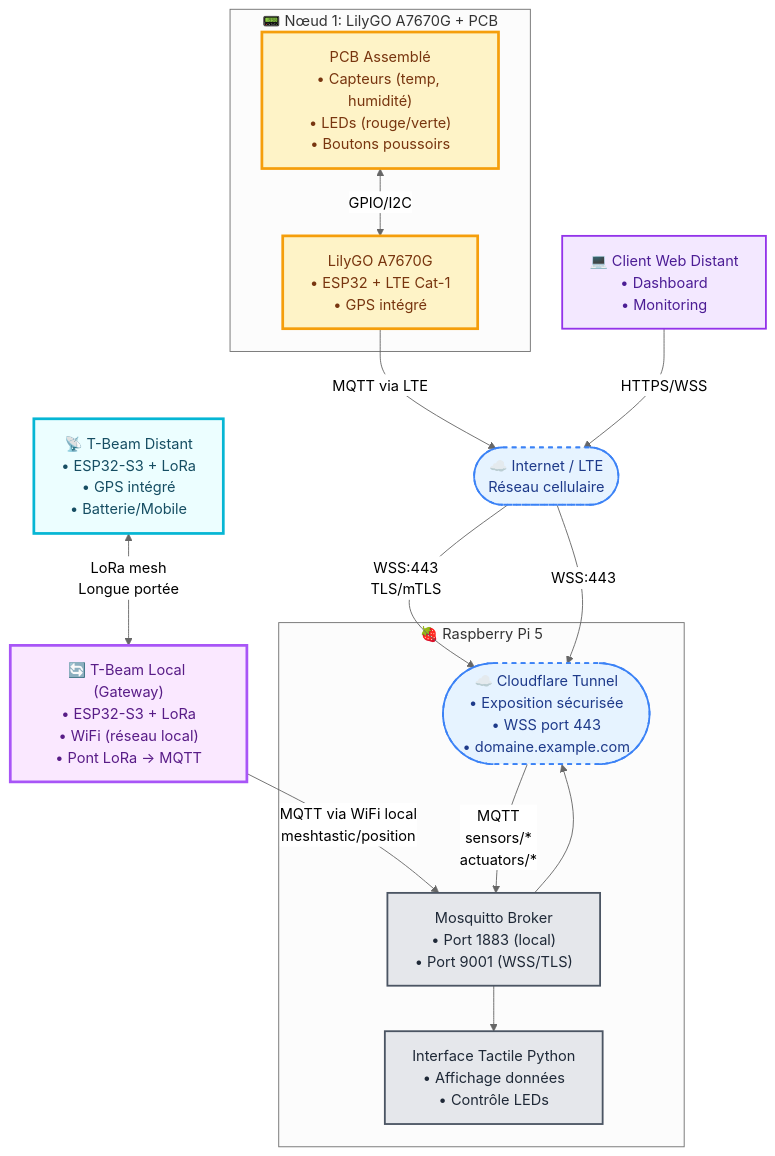
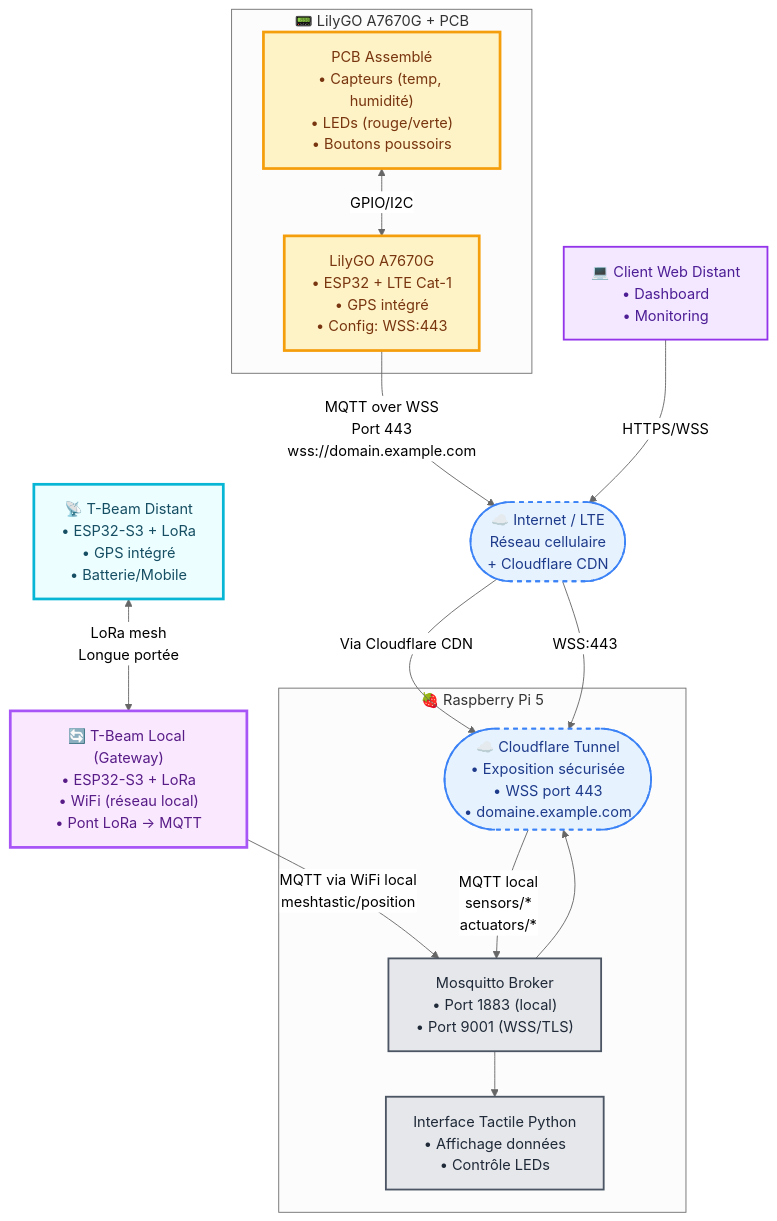
The first of 3 diagrams in architecture-finale-projet.md (fpoisson2/243-4J5-LI), drawn with Mermaid (neutral theme) before and after one commit. The commit also changed other lines of this file, not shown here.

````diff
--- a/architecture-finale-projet.md
+++ b/architecture-finale-projet.md
@@ -8,61 +8,61 @@
 ```mermaid
 graph TB
-    subgraph Device_LTE["📟 Nœud 1: LilyGO A7670G + PCB"]
+    subgraph Device_LTE["📟 LilyGO A7670G + PCB"]
         PCB["PCB Assemblé<br/>• Capteurs (temp, humidité)<br/>• LEDs (rouge/verte)<br/>• Boutons poussoirs"]
 
-        A7670G["LilyGO A7670G<br/>• ESP32 + LTE Cat-1<br/>• GPS intégré"]
+        A7670G["LilyGO A7670G<br/>• ESP32 + LTE Cat-1<br/>• GPS intégré<br/>• Config: WSS:443"]
 
         PCB <-->|GPIO/I2C| A7670G
     end
 
     TBeam_Distant["📡 T-Beam Distant<br/>• ESP32-S3 + LoRa<br/>• GPS intégré<br/>• Batterie/Mobile"]
 
     TBeam_Local["🔄 T-Beam Local (Gateway)<br/>• ESP32-S3 + LoRa<br/>• WiFi (réseau local)<br/>• Pont LoRa → MQTT"]
 
     subgraph RaspberryPi["🍓 Raspberry Pi 5"]
         Mosquitto["Mosquitto Broker<br/>• Port 1883 (local)<br/>• Port 9001 (WSS/TLS)"]
 
         InterfaceTactile["Interface Tactile Python<br/>• Affichage données<br/>• Contrôle LEDs"]
 
         Mosquitto --> InterfaceTactile
         Mosquitto --> CloudflareTunnel
     end
 
     CloudflareTunnel(["☁️ Cloudflare Tunnel<br/>• Exposition sécurisée<br/>• WSS port 443<br/>• domaine.example.com"])
 
-    Internet(["☁️ Internet / LTE<br/>Réseau cellulaire"])
+    Internet(["☁️ Internet / LTE<br/>Réseau cellulaire<br/>+ Cloudflare CDN"])
 
     ClientDistant["💻 Client Web Distant<br/>• Dashboard<br/>• Monitoring"]
 
     %% Flux de communication
 
-    %% Nœud 1 passe par Internet/Cloudflare
-    A7670G -->|"MQTT via LTE"| Internet
-    Internet -->|"WSS:443<br/>TLS/mTLS"| CloudflareTunnel
-    CloudflareTunnel -->|"MQTT<br/>sensors/*<br/>actuators/*"| Mosquitto
+    %% A7670G se connecte en WSS via Cloudflare sur Internet
+    A7670G -->|"MQTT over WSS<br/>Port 443<br/>wss://domain.example.com"| Internet
+    Internet -->|"Via Cloudflare CDN"| CloudflareTunnel
+    CloudflareTunnel -->|"MQTT local<br/>sensors/*<br/>actuators/*"| Mosquitto
 
     %% Nœud 2 via LoRa mesh
     TBeam_Distant <-->|"LoRa mesh<br/>Longue portée"| TBeam_Local
 
     %% Gateway local
     TBeam_Local -->|"MQTT via WiFi local<br/>meshtastic/position"| Mosquitto
 
     %% Accès client distant
     ClientDistant -->|"HTTPS/WSS"| Internet
     Internet -->|"WSS:443"| CloudflareTunnel
 
     %% Styles
     classDef lte fill:#fef3c7,stroke:#f59e0b,stroke-width:3px,color:#78350f
     classDef lora_remote fill:#ecfeff,stroke:#06b6d4,stroke-width:3px,color:#164e63
     classDef lora_local fill:#fae8ff,stroke:#a855f7,stroke-width:3px,color:#581c87
     classDef infra fill:#e5e7eb,stroke:#4b5563,stroke-width:2px,color:#1f2937
     classDef cloud fill:#e6f3ff,stroke:#3b82f6,stroke-width:2px,stroke-dasharray:5 5,color:#1e3a8a
     classDef client fill:#f3e8ff,stroke:#9333ea,stroke-width:2px,color:#4c1d95
 
     class PCB,A7670G lte
     class TBeam_Distant lora_remote
     class TBeam_Local lora_local
     class Mosquitto,InterfaceTactile infra
     class CloudflareTunnel,Internet cloud
     class ClientDistant client
 ```
````
